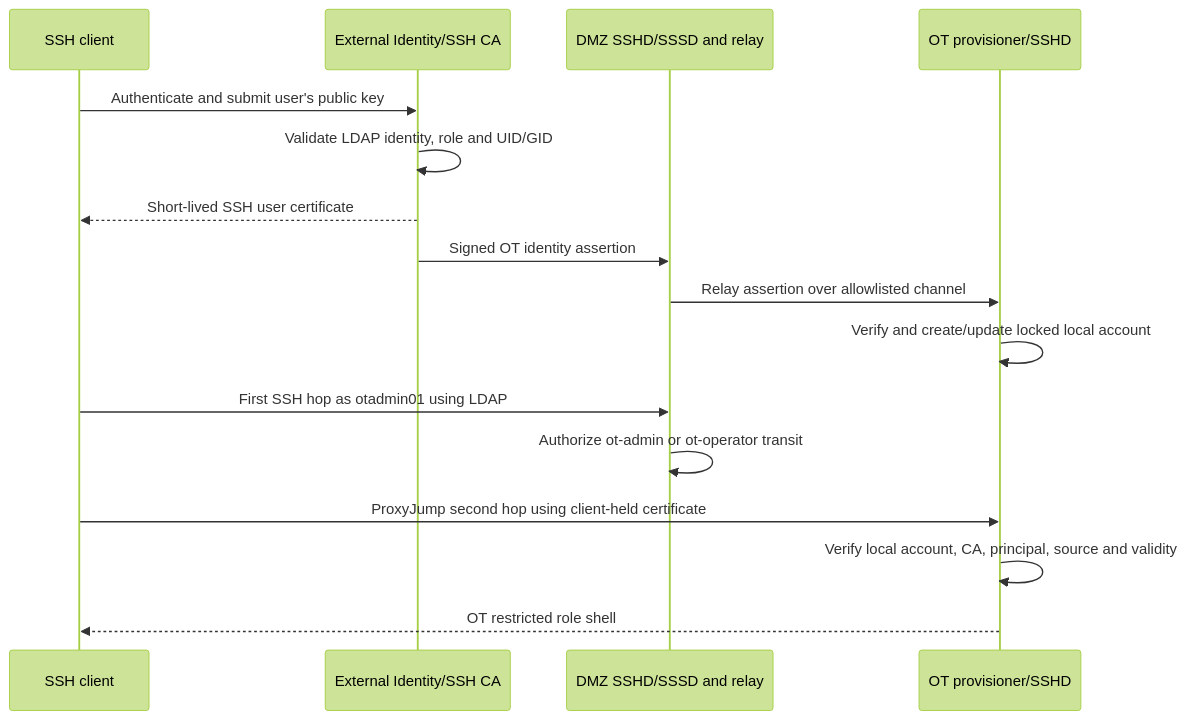
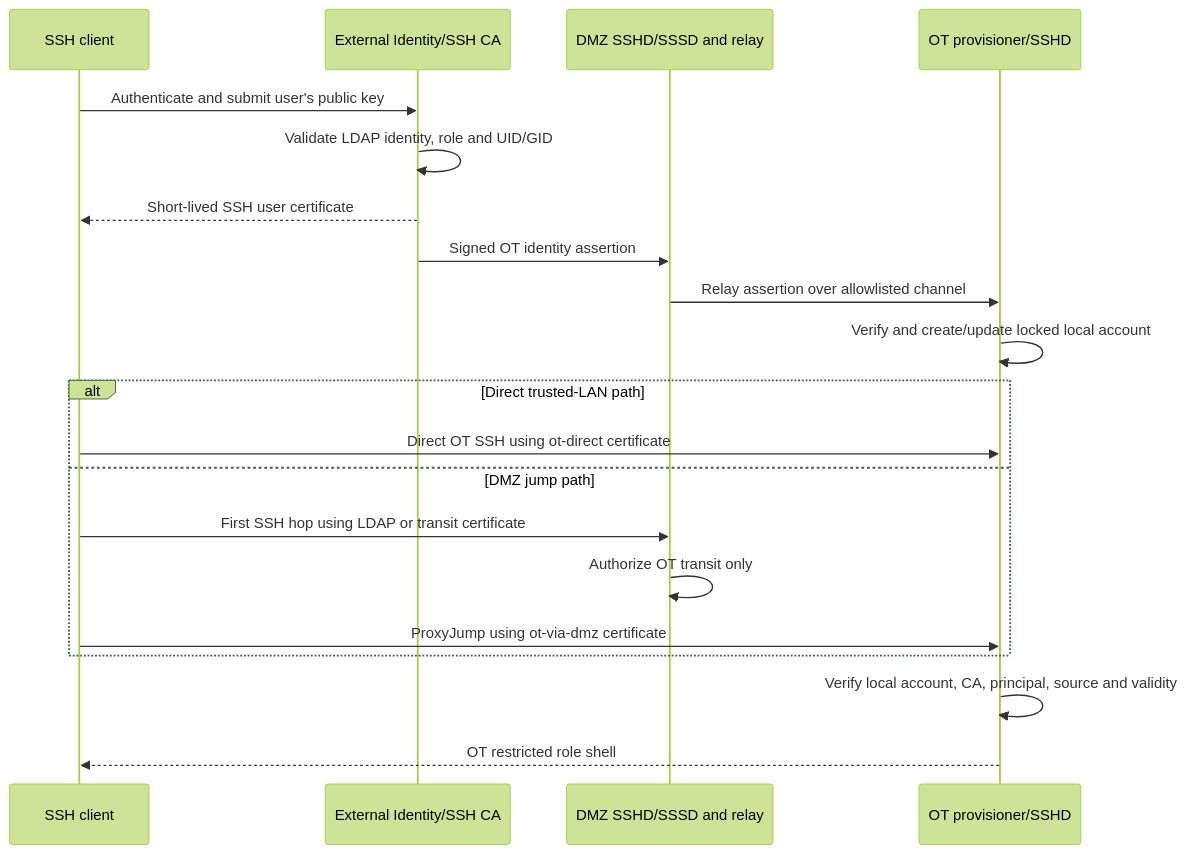
The second of 4 diagrams in IT_OT_Solution_B_Four_SSHD_SSSD_Design.md (recardo-cheng1980/design-documents), drawn with Mermaid (forest theme) before and after one commit. The commit also changed other lines of this file, not shown here.

Commit message:
docs: support direct LAN and DMZ jump access to OT

````diff
--- a/IT_OT_Solution_B_Four_SSHD_SSSD_Design.md
+++ b/IT_OT_Solution_B_Four_SSHD_SSSD_Design.md
@@ -120,18 +122,22 @@
 ```mermaid
 sequenceDiagram
     participant C as SSH client
     participant A as External Identity/SSH CA
     participant D as DMZ SSHD/SSSD and relay
     participant O as OT provisioner/SSHD
     C->>A: Authenticate and submit user's public key
     A->>A: Validate LDAP identity, role and UID/GID
     A-->>C: Short-lived SSH user certificate
     A->>D: Signed OT identity assertion
     D->>O: Relay assertion over allowlisted channel
     O->>O: Verify and create/update locked local account
-    C->>D: First SSH hop as otadmin01 using LDAP
-    D->>D: Authorize ot-admin or ot-operator transit
-    C->>O: ProxyJump second hop using client-held certificate
+    alt Direct trusted-LAN path
+        C->>O: Direct OT SSH using ot-direct certificate
+    else DMZ jump path
+        C->>D: First SSH hop using LDAP or transit certificate
+        D->>D: Authorize OT transit only
+        C->>O: ProxyJump using ot-via-dmz certificate
+    end
     O->>O: Verify local account, CA, principal, source and validity
     O-->>C: OT restricted role shell
 ```
````
